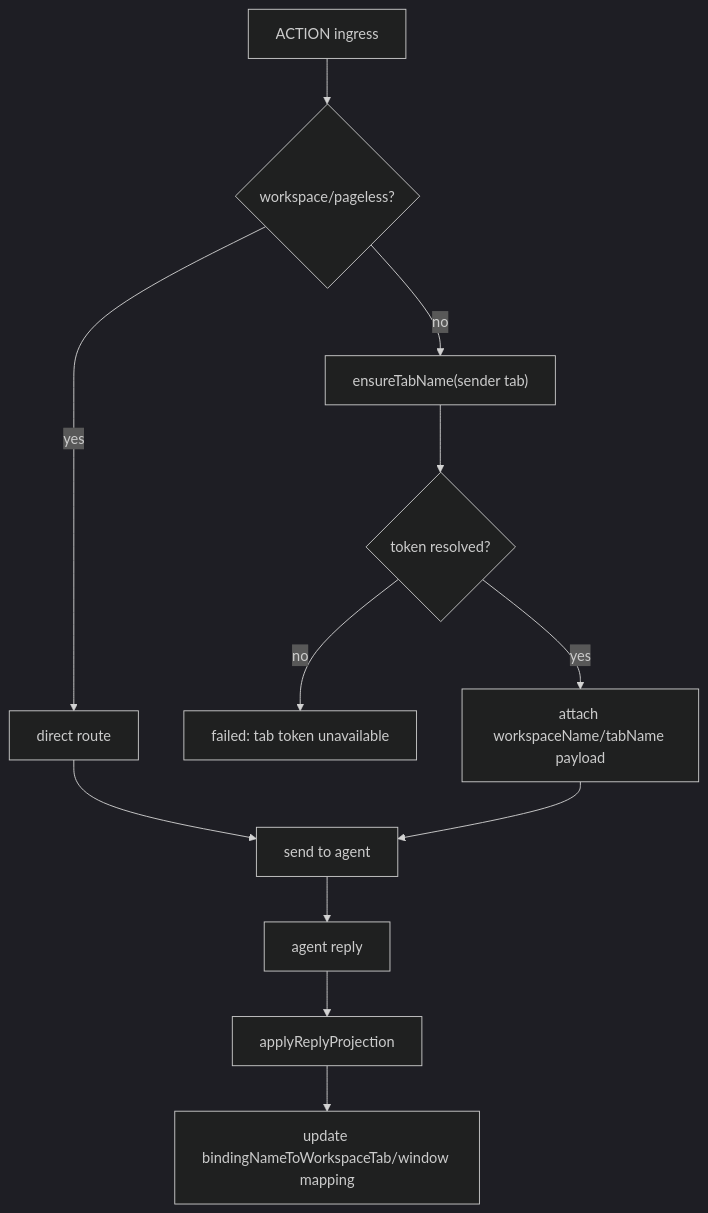
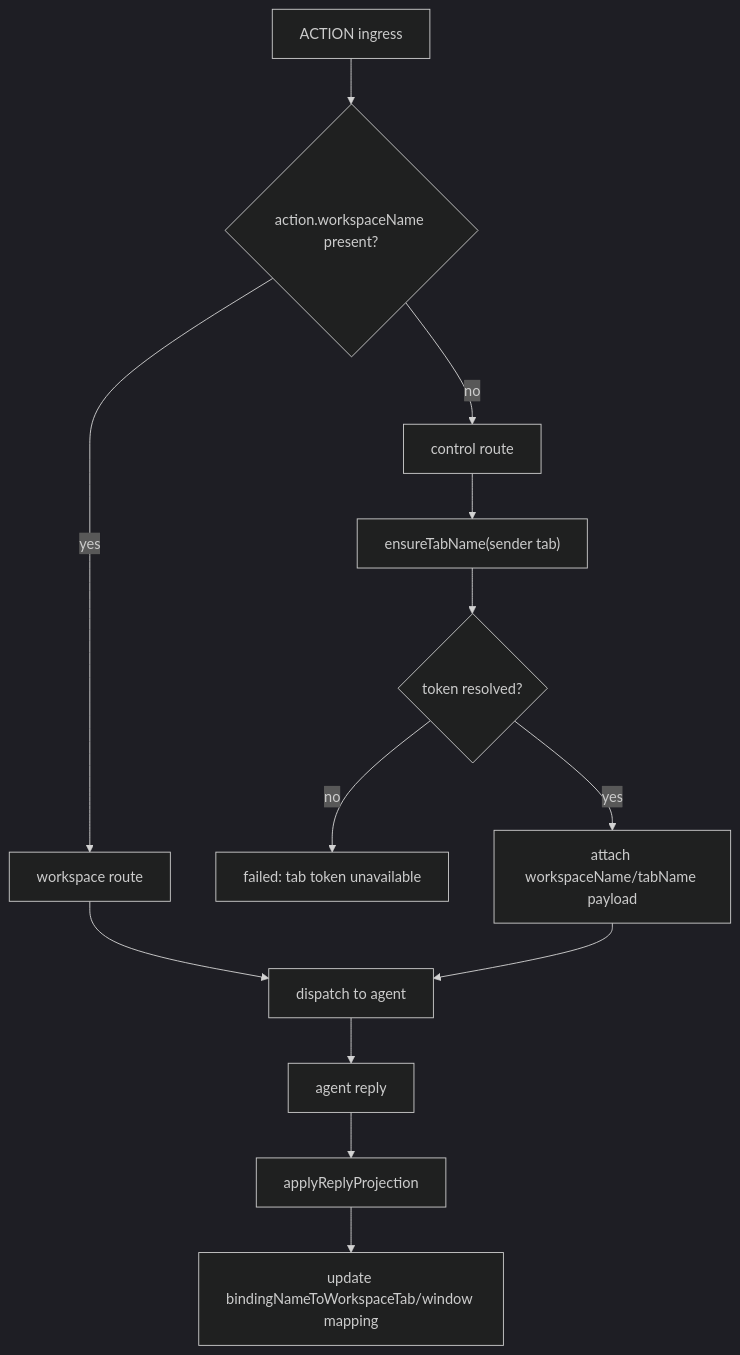
One commit to Aromatic05/rpa-browser changed the third of 3 diagrams in docs/Runtime/WorkspaceAndTab.md. Above: the diagram before and after it, drawn with Mermaid (dark theme). The commit also changed other lines of this file and 12 other files, not shown here.

````diff
--- a/docs/Runtime/WorkspaceAndTab.md
+++ b/docs/Runtime/WorkspaceAndTab.md
@@ -119,14 +122,15 @@
 ```mermaid
 flowchart TD
-  A["ACTION ingress"] --> B{"workspace/pageless?"}
-  B -- yes --> C["direct route"]
-  B -- no --> D["ensureTabName(sender tab)"]
-  D --> E{"token resolved?"}
-  E -- no --> F["failed: tab token unavailable"]
-  E -- yes --> G["attach workspaceName/tabName payload"]
-  C --> H["send to agent"]
-  G --> H
-  H --> I["agent reply"]
-  I --> J["applyReplyProjection"]
-  J --> K["update bindingNameToWorkspaceTab/window mapping"]
+  A["ACTION ingress"] --> B{"action.workspaceName present?"}
+  B -- yes --> C["workspace route"]
+  B -- no --> D["control route"]
+  D --> E["ensureTabName(sender tab)"]
+  E --> F{"token resolved?"}
+  F -- no --> G["failed: tab token unavailable"]
+  F -- yes --> H["attach workspaceName/tabName payload"]
+  C --> I["dispatch to agent"]
+  H --> I
+  I --> J["agent reply"]
+  J --> K["applyReplyProjection"]
+  K --> L["update bindingNameToWorkspaceTab/window mapping"]
 ```
````
